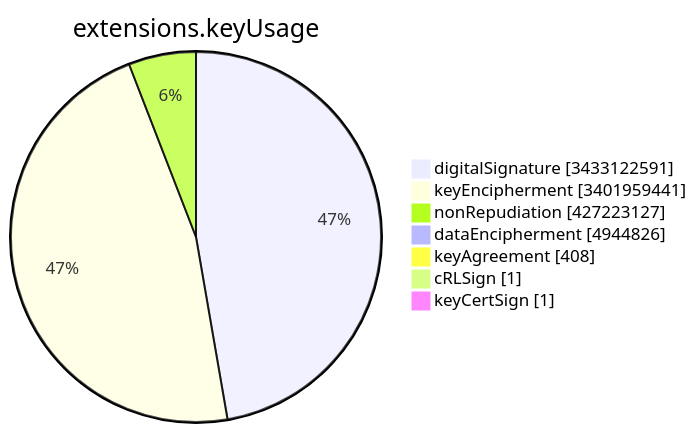
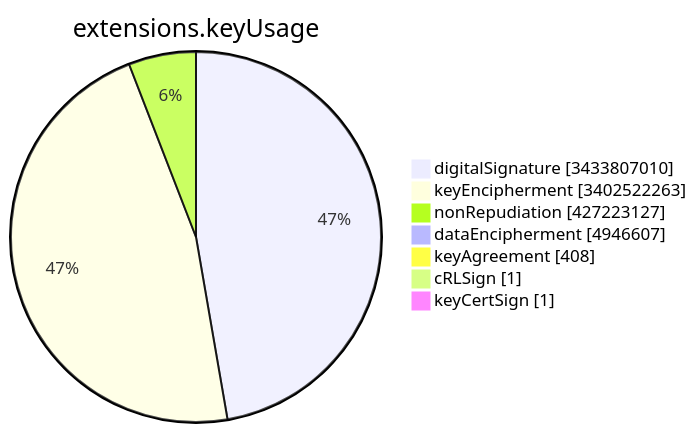
Before and after one commit to christiankrug/ctmonitor_visualization: the sixth of 15 diagrams in TOTAL/README.md, drawn with Mermaid. The commit also changed other lines of this file, not shown here.

````diff
--- a/TOTAL/README.md
+++ b/TOTAL/README.md
@@ -3081,11 +3081,11 @@
 ```mermaid
 pie showData
 title extensions.keyUsage
-"digitalSignature" :3433122591
-"keyEncipherment" :3401959441
+"digitalSignature" :3433807010
+"keyEncipherment" :3402522263
 "nonRepudiation" :427223127
-"dataEncipherment" :4944826
+"dataEncipherment" :4946607
 "keyAgreement" :408
 "cRLSign" :1
 "keyCertSign" :1
 ```
````
